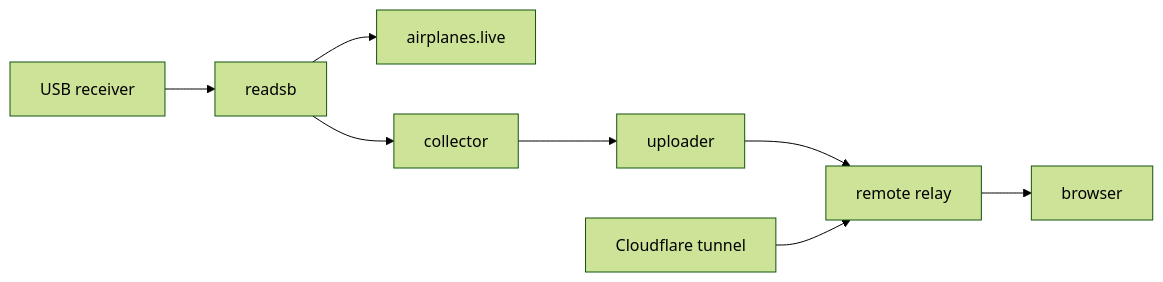
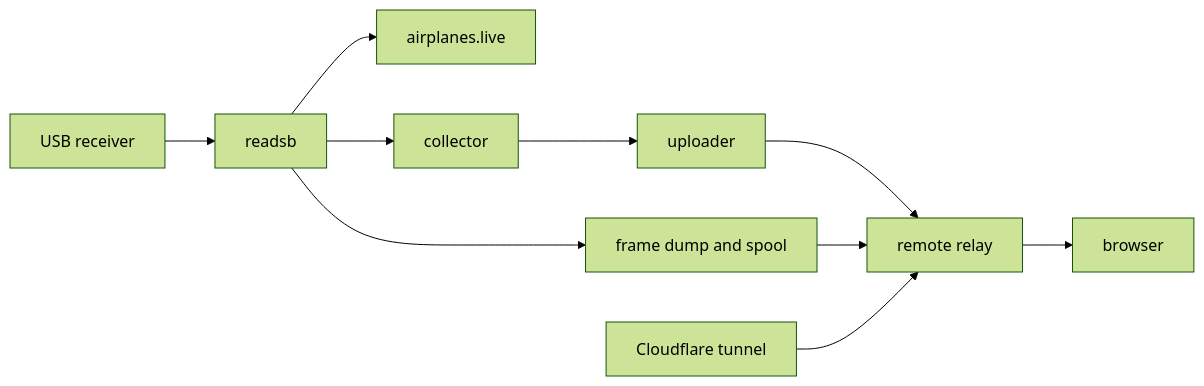
One commit to ramideltoro/antenna_observatory changed the diagram in wiki-site/docs/operations.md. Above: the diagram before and after it, drawn with Mermaid (forest theme). The commit also changed other lines of this file and 16 other files, not shown here.

````diff
--- a/wiki-site/docs/operations.md
+++ b/wiki-site/docs/operations.md
@@ -5,10 +5,12 @@
 ```mermaid
 flowchart LR
     USB[USB receiver] --> R[readsb]
     R --> AL[airplanes.live]
     R --> C[collector]
+    R --> F[frame dump and spool]
     C --> U[uploader]
     U --> V[remote relay]
+    F --> V
     T[Cloudflare tunnel] --> V
     V --> B[browser]
 ```
````
